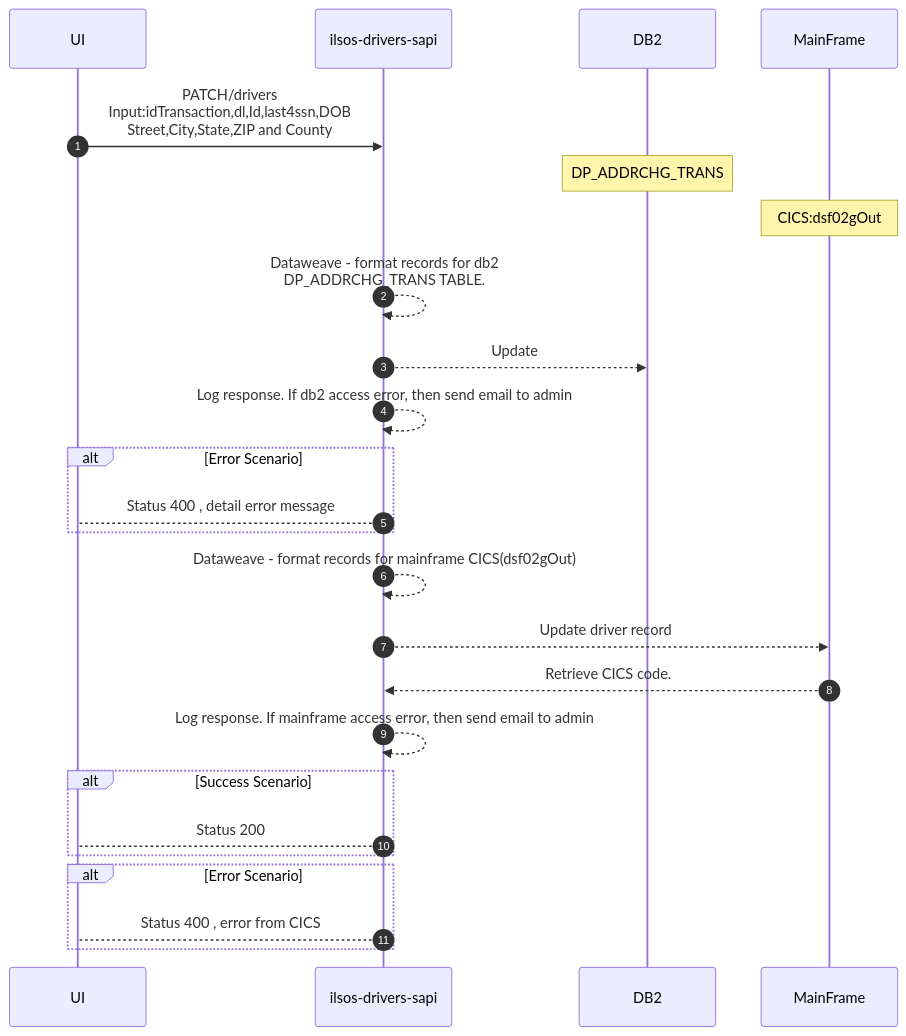
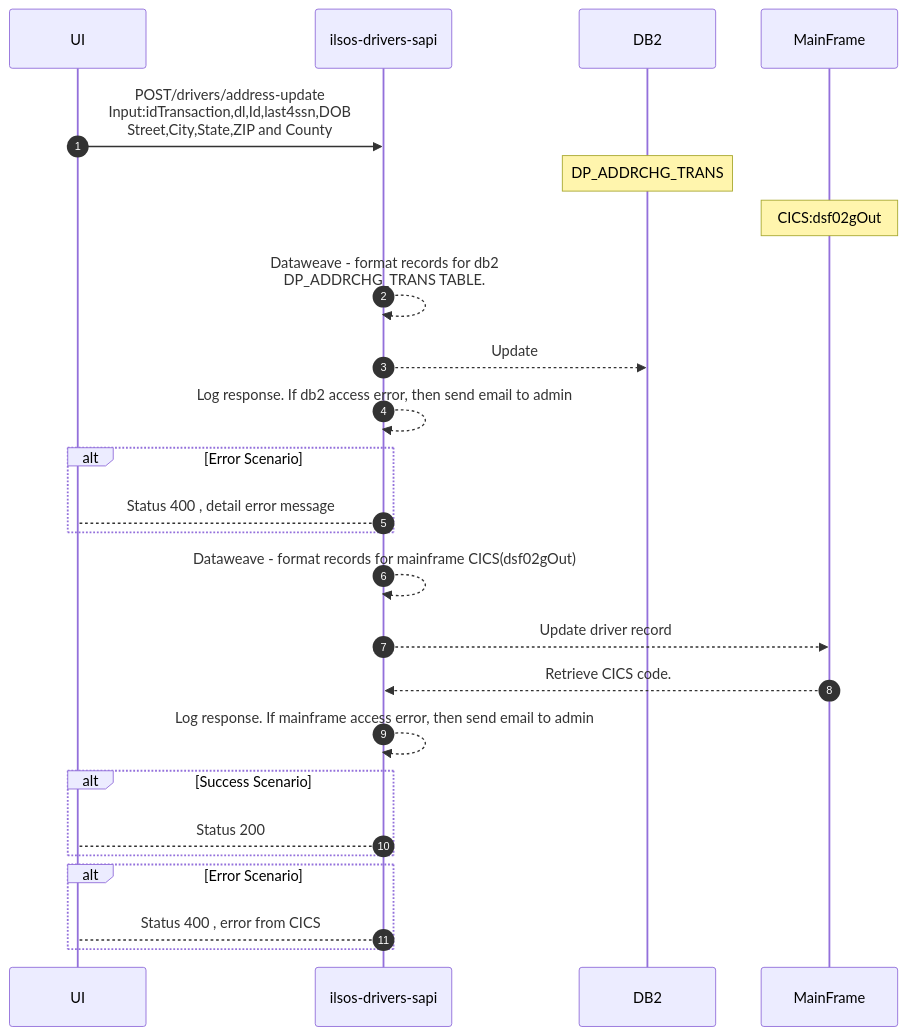
Before and after one commit to acme-devs/ilsos-drivers-sapi: the first of 6 diagrams in README.md, drawn with Mermaid. The commit also changed other lines of this file, not shown here.

````diff
--- a/README.md
+++ b/README.md
@@ -33,28 +33,28 @@
 ```mermaid
 sequenceDiagram
     autonumber
     participant ui as UI
     participant api as ilsos-drivers-sapi
     participant db2 as DB2
     participant mainframe as MainFrame
 
-    ui->>api:PATCH/drivers <br>Input:idTransaction,dl,Id,last4ssn,DOB<br>Street,City,State,ZIP and County
+    ui->>api:POST/drivers/address-update <br>Input:idTransaction,dl,Id,last4ssn,DOB<br>Street,City,State,ZIP and County
     note over db2:DP_ADDRCHG_TRANS
     note over mainframe:CICS:dsf02gOut
     api-->>api:Dataweave - format records for db2<BR> DP_ADDRCHG_TRANS TABLE.
     api-->>db2:Update
     api-->>api:Log response. If db2 access error, then send email to admin
     alt Error Scenario 
         api-->ui: Status 400 , detail error message
     end
     api-->>api:Dataweave - format records for mainframe CICS(dsf02gOut)
     api-->>mainframe:Update driver record
     mainframe-->>api:Retrieve CICS code.
     api-->>api:Log response. If mainframe access error, then send email to admin
     alt Success Scenario 
         api-->ui: Status 200 
     end
     alt Error Scenario 
         api-->ui: Status 400 , error from CICS
     end
   ```
````
